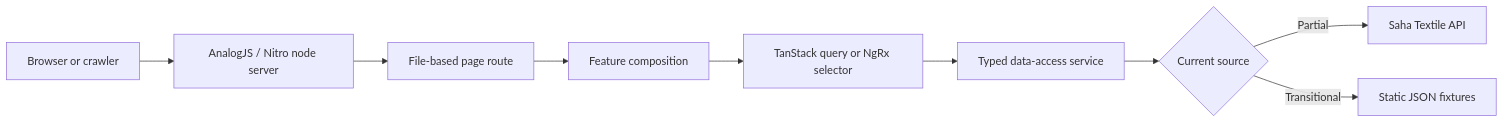
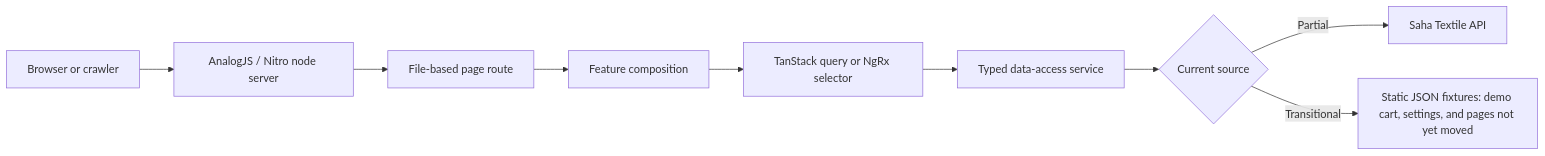
One commit to Kaizer-Systems/saha-textile changed the diagram in docs/storefront/overview.md. Above: the diagram before and after it, drawn with Mermaid. The commit also changed other lines of this file and 85 other files, not shown here.

````diff
--- a/docs/storefront/overview.md
+++ b/docs/storefront/overview.md
@@ -29,11 +29,11 @@
 ```mermaid
 flowchart LR
     Browser["Browser or crawler"] --> Nitro["AnalogJS / Nitro node server"]
     Nitro --> Page["File-based page route"]
     Page --> Feature["Feature composition"]
     Feature --> Query["TanStack query or NgRx selector"]
     Query --> Service["Typed data-access service"]
     Service --> Source{"Current source"}
     Source -->|Partial| API["Saha Textile API"]
-    Source -->|Transitional| JSON["Static JSON fixtures"]
+    Source -->|Transitional| JSON["Static JSON fixtures: demo cart, settings, and pages not yet moved"]
 ```
````
